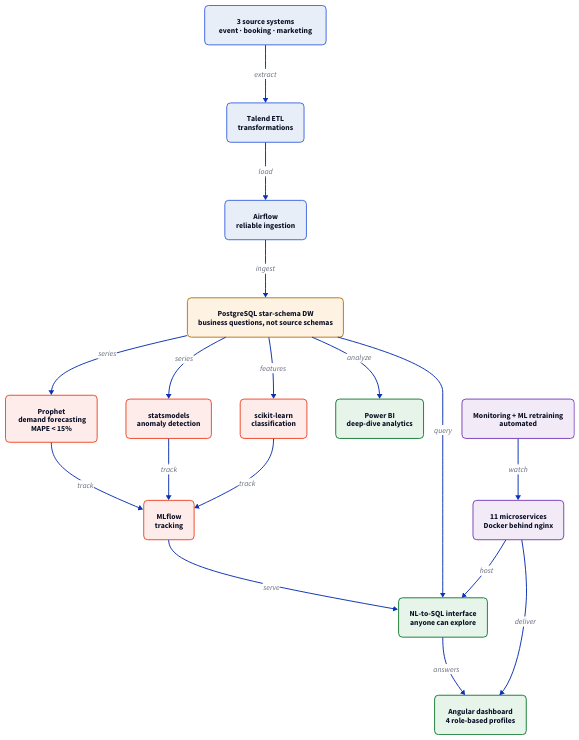
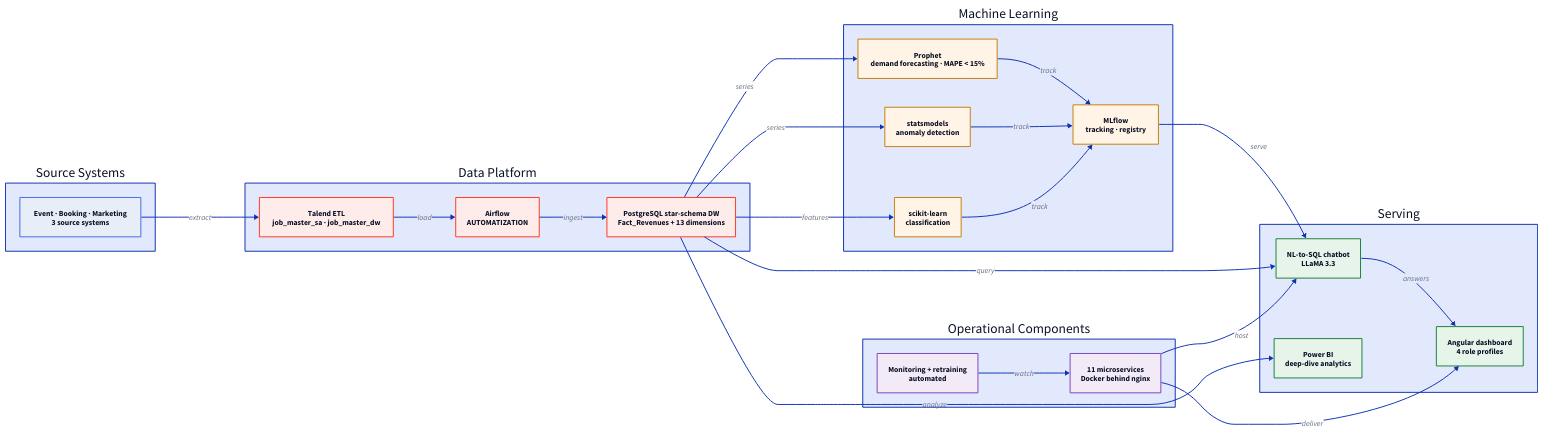
Before and after one commit to adriansalvadorekomo/EventZilla-BI-AI-Powered-Event-Analytics-Platform: the diagram in docs/architecture.d2, drawn with D2. The commit also changed 1 other file, not shown here.

Commit message:
Docs: board-style D2 architecture matching sample design

```diff
--- a/docs/architecture.d2
+++ b/docs/architecture.d2
@@ -1,100 +1,129 @@
 # EventZilla BI — data-platform architecture (D2 source)
 # Render: d2 docs/architecture.d2 docs/architecture.svg
-# Also see docs/architecture.dot (Graphviz equivalent).
+# Also see docs/architecture.dot (Graphviz) and docs/architecture.mmd (Mermaid).
 
-direction: down
+direction: right
 
-classes: {
-  ingest: {
+"Source Systems": {
+  sources: "Event · Booking · Marketing\n3 source systems" {
     style: {
       fill: "#E8EEF7"
       stroke: "#4169E1"
-      border-radius: 8
-    }
-  }
-  store: {
-    style: {
-      fill: "#FEF3E2"
-      stroke: "#B7791F"
-      border-radius: 8
-    }
-  }
-  ml: {
-    style: {
-      fill: "#FDECEA"
-      stroke: "#EE4C2C"
-      border-radius: 8
-    }
-  }
-  serve: {
-    style: {
-      fill: "#E6F4EA"
-      stroke: "#1A7F37"
-      border-radius: 8
-    }
-  }
-  ops: {
-    style: {
-      fill: "#F3EAF7"
-      stroke: "#7B42BC"
-      border-radius: 8
     }
   }
 }
 
-sources: "3 source systems\nevent · booking · marketing" {
-  class: ingest
-}
-talend: "Talend ETL\ntransformations" {
-  class: ingest
-}
-airflow: "Airflow\nreliable ingestion" {
-  class: ingest
-}
-dw: "PostgreSQL star-schema DW\nbusiness questions, not source schemas" {
-  class: store
-}
-prophet: "Prophet\n demand forecasting\nMAPE < 15%" {
-  class: ml
-}
-anomaly: "statsmodels\nanomaly detection" {
-  class: ml
-}
-sklearn: "scikit-learn\nclassification" {
-  class: ml
-}
-mlflow: "MLflow\ntracking" {
-  class: ml
-}
-nl: "NL-to-SQL interface\nanyone can explore" {
-  class: serve
-}
-dash: "Angular dashboard\n4 role-based profiles" {
-  class: serve
-}
-pbi: "Power BI\ndeep-dive analytics" {
-  class: serve
-}
-microsvc: "11 microservices\nDocker behind nginx" {
-  class: ops
-}
-obs: "Monitoring + ML retraining\nautomated" {
-  class: ops
+"Data Platform": {
+  direction: right
+
+  talend: "Talend ETL\njob_master_sa · job_master_dw" {
+    style: {
+      fill: "#FDECEA"
+      stroke: "#FF3621"
+    }
+  }
+
+  airflow: "Airflow\nAUTOMATIZATION" {
+    style: {
+      fill: "#FDECEA"
+      stroke: "#FF3621"
+    }
+  }
+
+  dw: "PostgreSQL star-schema DW\nFact_Revenues + 13 dimensions" {
+    style: {
+      fill: "#FDECEA"
+      stroke: "#FF3621"
+    }
+  }
+
+  talend -> airflow: load
+  airflow -> dw: ingest
 }
 
-sources -> talend: extract
-talend -> airflow: load
-airflow -> dw: ingest
-dw -> prophet: series
-dw -> anomaly: series
-dw -> sklearn: features
-prophet -> mlflow: track
-anomaly -> mlflow: track
-sklearn -> mlflow: track
-mlflow -> nl: serve
-dw -> nl: query
-nl -> dash: answers
-dw -> pbi: analyze
-microsvc -> dash: deliver
-microsvc -> nl: host
-obs -> microsvc: watch
+"Machine Learning": {
+  direction: right
+
+  prophet: "Prophet\ndemand forecasting · MAPE < 15%" {
+    style: {
+      fill: "#FFF4E5"
+      stroke: "#C77D0A"
+    }
+  }
+
+  anomaly: "statsmodels\nanomaly detection" {
+    style: {
+      fill: "#FFF4E5"
+      stroke: "#C77D0A"
+    }
+  }
+
+  sklearn: "scikit-learn\nclassification" {
+    style: {
+      fill: "#FFF4E5"
+      stroke: "#C77D0A"
+    }
+  }
+
+  mlflow: "MLflow\ntracking · registry" {
+    style: {
+      fill: "#FFF4E5"
+      stroke: "#C77D0A"
+    }
+  }
+
+  prophet -> mlflow: track
+  anomaly -> mlflow: track
+  sklearn -> mlflow: track
+}
+
+Serving: {
+  nl: "NL-to-SQL chatbot\nLLaMA 3.3" {
+    style: {
+      fill: "#E6F4EA"
+      stroke: "#1A7F37"
+    }
+  }
+
+  dash: "Angular dashboard\n4 role profiles" {
+    style: {
+      fill: "#E6F4EA"
+      stroke: "#1A7F37"
+    }
+  }
+
+  pbi: "Power BI\ndeep-dive analytics" {
+    style: {
+      fill: "#E6F4EA"
+      stroke: "#1A7F37"
+    }
+  }
+}
+
+"Operational Components": {
+  microsvc: "11 microservices\nDocker behind nginx" {
+    style: {
+      fill: "#F3EAF7"
+      stroke: "#7B42BC"
+    }
+  }
+
+  obs: "Monitoring + retraining\nautomated" {
+    style: {
+      fill: "#F3EAF7"
+      stroke: "#7B42BC"
+    }
+  }
+}
+
+"Source Systems".sources -> "Data Platform".talend: extract
+"Data Platform".dw -> "Machine Learning".prophet: series
+"Data Platform".dw -> "Machine Learning".anomaly: series
+"Data Platform".dw -> "Machine Learning".sklearn: features
+"Machine Learning".mlflow -> Serving.nl: serve
+"Data Platform".dw -> Serving.nl: query
+"Data Platform".dw -> Serving.pbi: analyze
+Serving.nl -> Serving.dash: answers
+"Operational Components".microsvc -> Serving.dash: deliver
+"Operational Components".microsvc -> Serving.nl: host
+"Operational Components".obs -> "Operational Components".microsvc: watch
```
